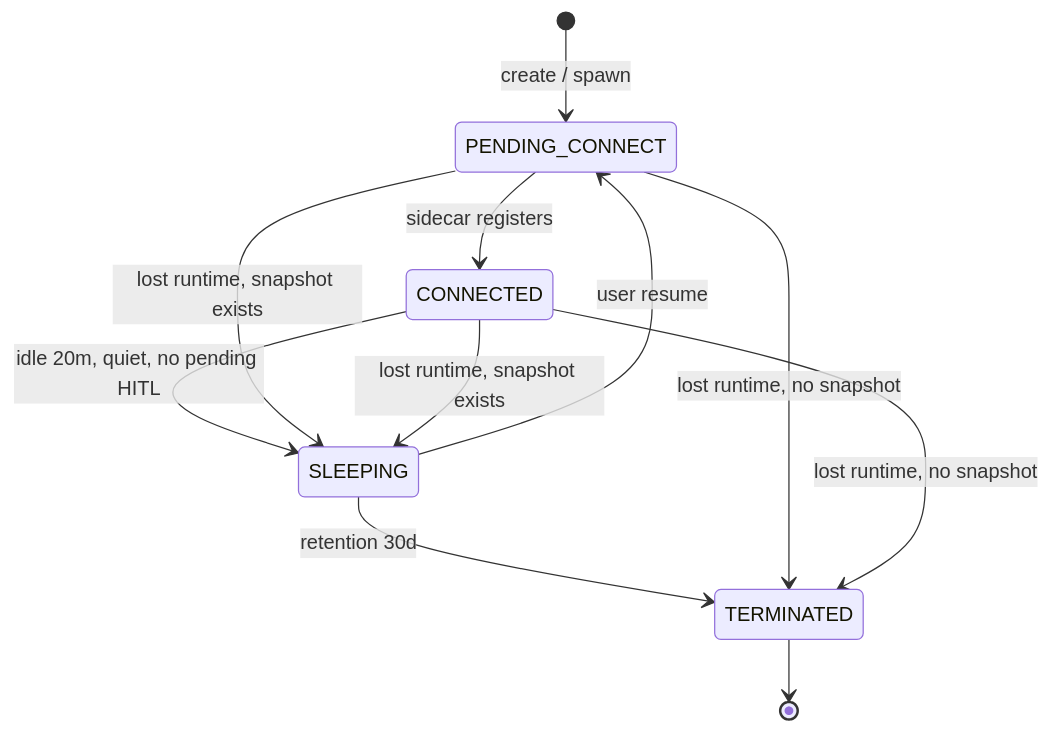
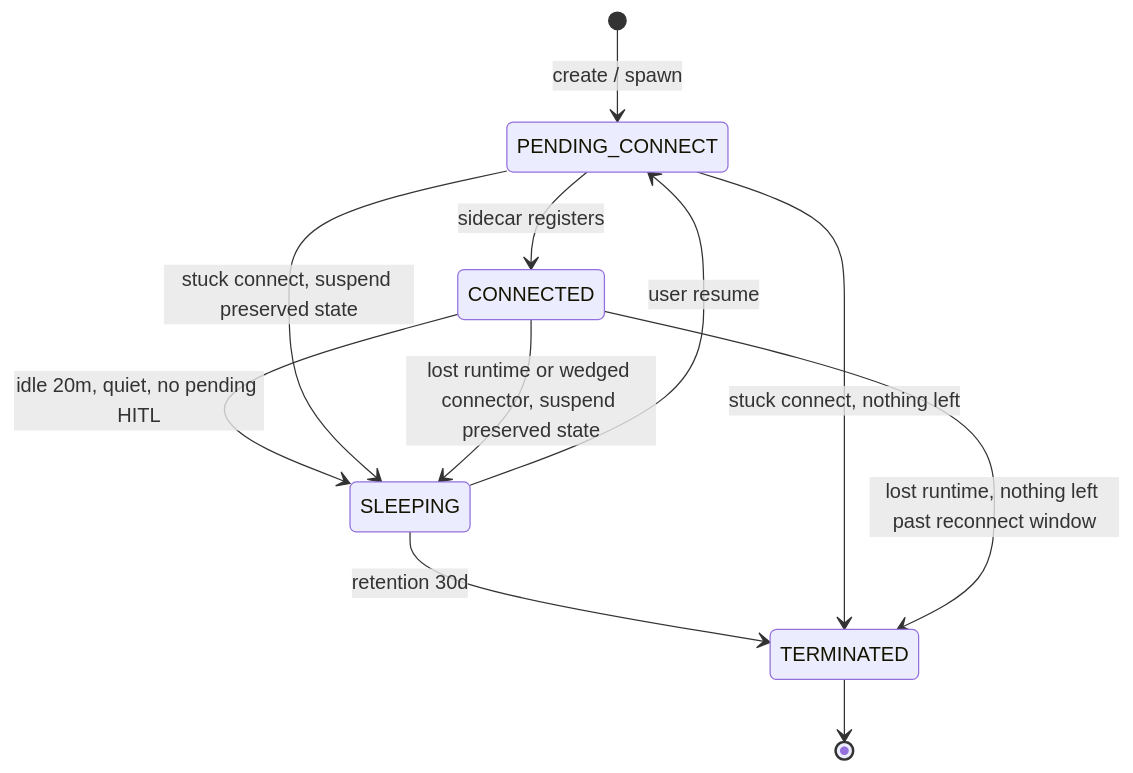
The diagram in docs/knowledge/sandbox-provisioning.md (kratisai/kratis), drawn with Mermaid before and after one commit. The commit also changed other lines of this file and 8 other files, not shown here.

````diff
--- a/docs/knowledge/sandbox-provisioning.md
+++ b/docs/knowledge/sandbox-provisioning.md
@@ -212,13 +212,13 @@
 ```mermaid
 stateDiagram-v2
     [*] --> PENDING_CONNECT : create / spawn
     PENDING_CONNECT --> CONNECTED : sidecar registers
     SLEEPING --> PENDING_CONNECT : user resume
     CONNECTED --> SLEEPING : idle 20m, quiet, no pending HITL
     SLEEPING --> TERMINATED : retention 30d
-    PENDING_CONNECT --> SLEEPING : lost runtime, snapshot exists
-    PENDING_CONNECT --> TERMINATED : lost runtime, no snapshot
-    CONNECTED --> SLEEPING : lost runtime, snapshot exists
-    CONNECTED --> TERMINATED : lost runtime, no snapshot
+    PENDING_CONNECT --> SLEEPING : stuck connect, suspend preserved state
+    PENDING_CONNECT --> TERMINATED : stuck connect, nothing left
+    CONNECTED --> SLEEPING : lost runtime or wedged connector, suspend preserved state
+    CONNECTED --> TERMINATED : lost runtime, nothing left past reconnect window
     TERMINATED --> [*]
 ```
````
